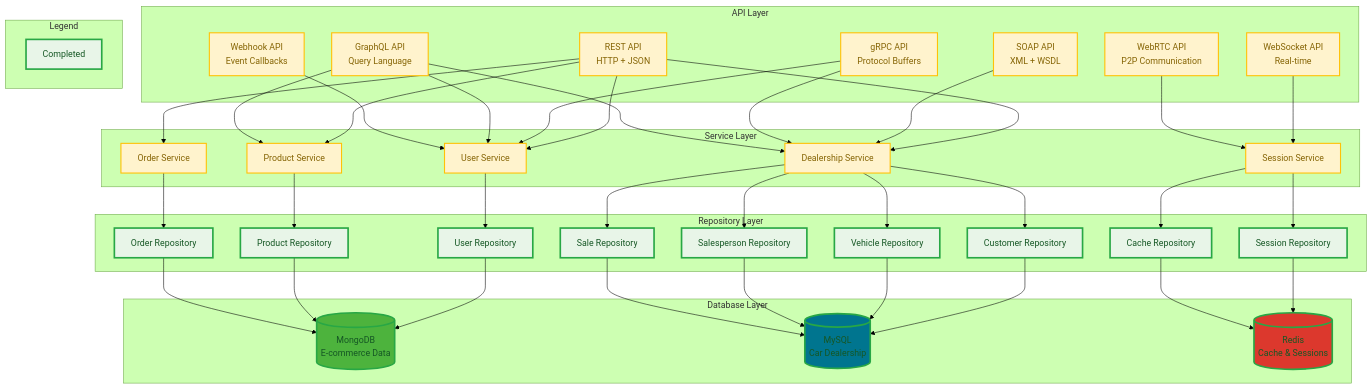
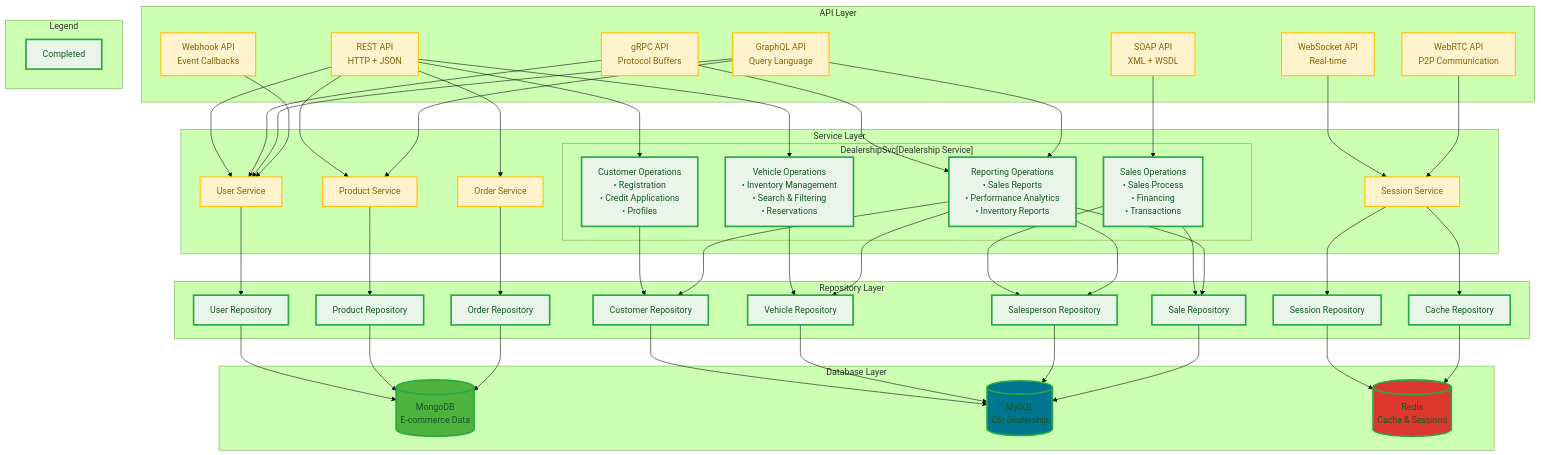
Before and after one commit to mckriel/api-server: the diagram in README.md, drawn with Mermaid (forest theme).

Commit message:
update diagram

```diff
--- a/README.md
+++ b/README.md
@@ -32,8 +32,14 @@
         UserSvc[User Service]
         ProductSvc[Product Service]
         OrderSvc[Order Service]
-        DealershipSvc[Dealership Service]
         SessionSvc[Session Service]
+        
+        subgraph "DealershipSvc[Dealership Service]"
+            CustomerOps[Customer Operations<br/>• Registration<br/>• Credit Applications<br/>• Profiles]
+            VehicleOps[Vehicle Operations<br/>• Inventory Management<br/>• Search & Filtering<br/>• Reservations]
+            SalesOps[Sales Operations<br/>• Sales Process<br/>• Financing<br/>• Transactions]
+            ReportOps[Reporting Operations<br/>• Sales Reports<br/>• Performance Analytics<br/>• Inventory Reports]
+        end
     end
 
     subgraph "Repository Layer"
@@ -61,13 +67,14 @@
     REST --> UserSvc
     REST --> ProductSvc
     REST --> OrderSvc
-    REST --> DealershipSvc
-    SOAP --> DealershipSvc
+    REST --> CustomerOps
+    REST --> VehicleOps
+    SOAP --> SalesOps
     GRPC --> UserSvc
-    GRPC --> DealershipSvc
+    GRPC --> ReportOps
     GraphQL --> UserSvc
     GraphQL --> ProductSvc
-    GraphQL --> DealershipSvc
+    GraphQL --> ReportOps
     WS --> SessionSvc
     WebRTC --> SessionSvc
     Webhook --> UserSvc
@@ -75,10 +82,14 @@
     UserSvc --> UserRepo
     ProductSvc --> ProductRepo
     OrderSvc --> OrderRepo
-    DealershipSvc --> CustomerRepo
-    DealershipSvc --> VehicleRepo
-    DealershipSvc --> SalespersonRepo
-    DealershipSvc --> SaleRepo
+    CustomerOps --> CustomerRepo
+    VehicleOps --> VehicleRepo
+    SalesOps --> SalespersonRepo
+    SalesOps --> SaleRepo
+    ReportOps --> CustomerRepo
+    ReportOps --> VehicleRepo
+    ReportOps --> SalespersonRepo
+    ReportOps --> SaleRepo
     SessionSvc --> SessionRepo
     SessionSvc --> CacheRepo
 
@@ -106,8 +117,11 @@
     class CustomerRepo,VehicleRepo,SalespersonRepo,SaleRepo,MySQL completed
     class SessionRepo,CacheRepo,Redis completed
     
+    %% Apply completed styling to DealershipSvc components
+    class CustomerOps,VehicleOps,SalesOps,ReportOps completed
+    
     %% Apply pending styling to not-yet-implemented components
-    class UserSvc,ProductSvc,OrderSvc,DealershipSvc,SessionSvc pending
+    class UserSvc,ProductSvc,OrderSvc,SessionSvc pending
     class REST,SOAP,GRPC,GraphQL,WS,WebRTC,Webhook pending
 
     %% Legend styling
```
